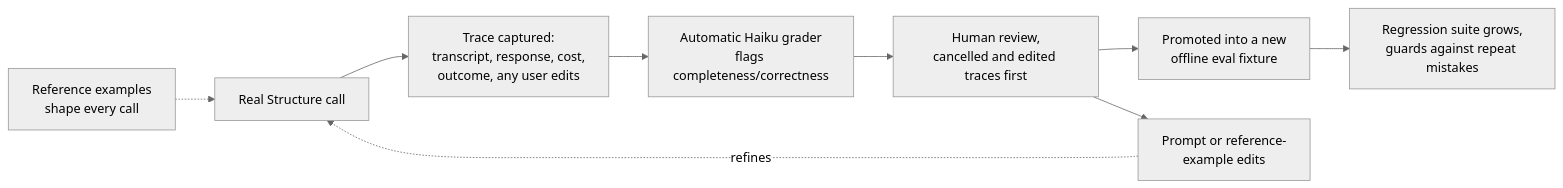
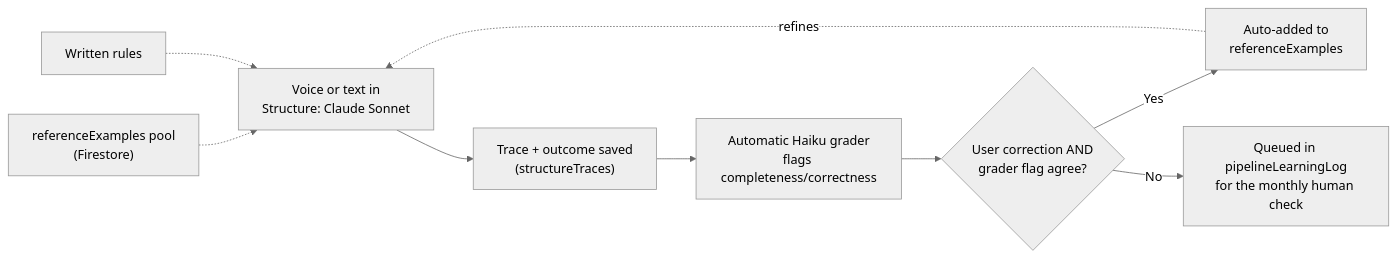
One commit to cottalucas/super-ramble changed the third of 3 diagrams in README.md. Above: the diagram before and after it, drawn with Mermaid (neutral theme). The commit also changed other lines of this file and 18 other files, not shown here.

````diff
--- a/README.md
+++ b/README.md
@@ -117,12 +118,12 @@
 ```mermaid
 flowchart LR
-    A["Real Structure call"]
-    RE["Reference examples<br/>shape every call"] -.-> A
-    A --> B["Trace captured:<br/>transcript, response, cost,<br/>outcome, any user edits"]
+    A["Voice or text in<br/>Structure: Claude Sonnet"]
+    RE["referenceExamples pool<br/>(Firestore)"] -.-> A
+    RULES["Written rules"] -.-> A
+    A --> B["Trace + outcome saved<br/>(structureTraces)"]
     B --> G["Automatic Haiku grader<br/>flags completeness/correctness"]
-    G --> C["Human review,<br/>cancelled and edited traces first"]
-    C --> D["Promoted into a new<br/>offline eval fixture"]
-    D --> E["Regression suite grows,<br/>guards against repeat mistakes"]
-    C --> F["Prompt or reference-<br/>example edits"]
-    F -.->|refines| A
+    G --> AGREE{"User correction AND<br/>grader flag agree?"}
+    AGREE -->|Yes| PROMOTE["Auto-added to<br/>referenceExamples"]
+    AGREE -->|No| QUEUE["Queued in pipelineLearningLog<br/>for the monthly human check"]
+    PROMOTE -.->|refines| A
 ```
````
